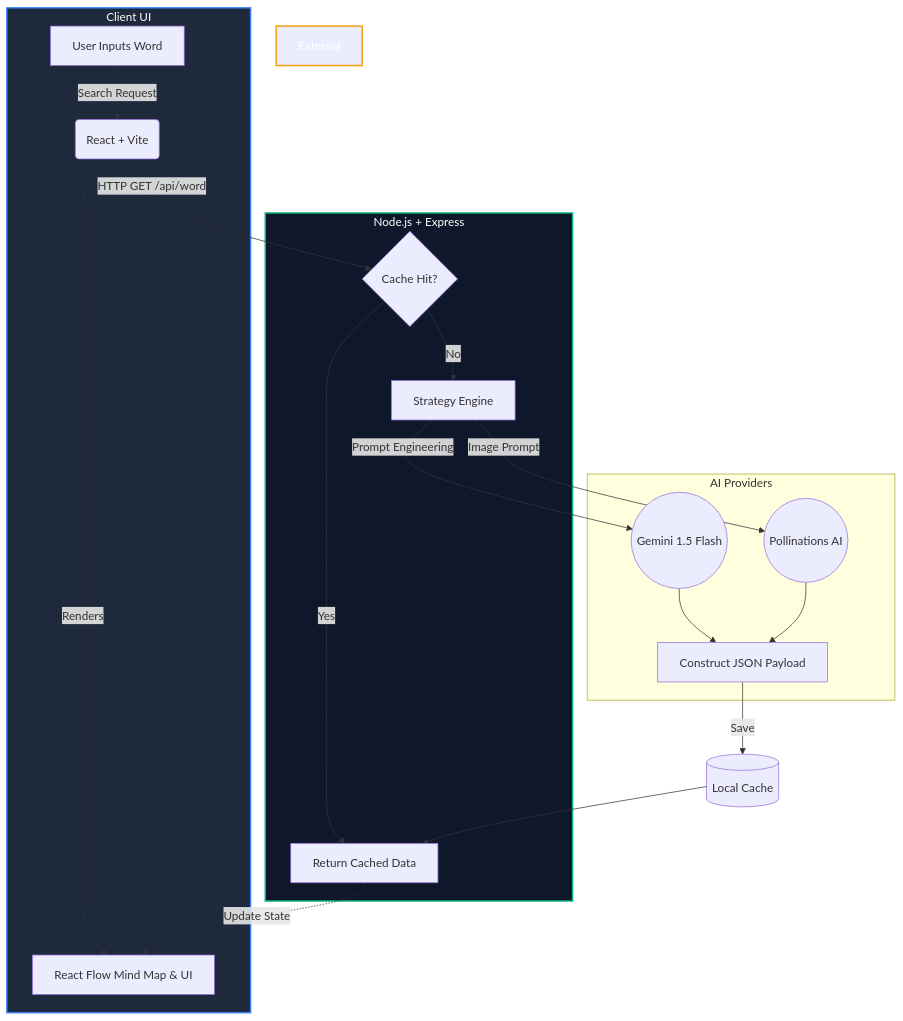
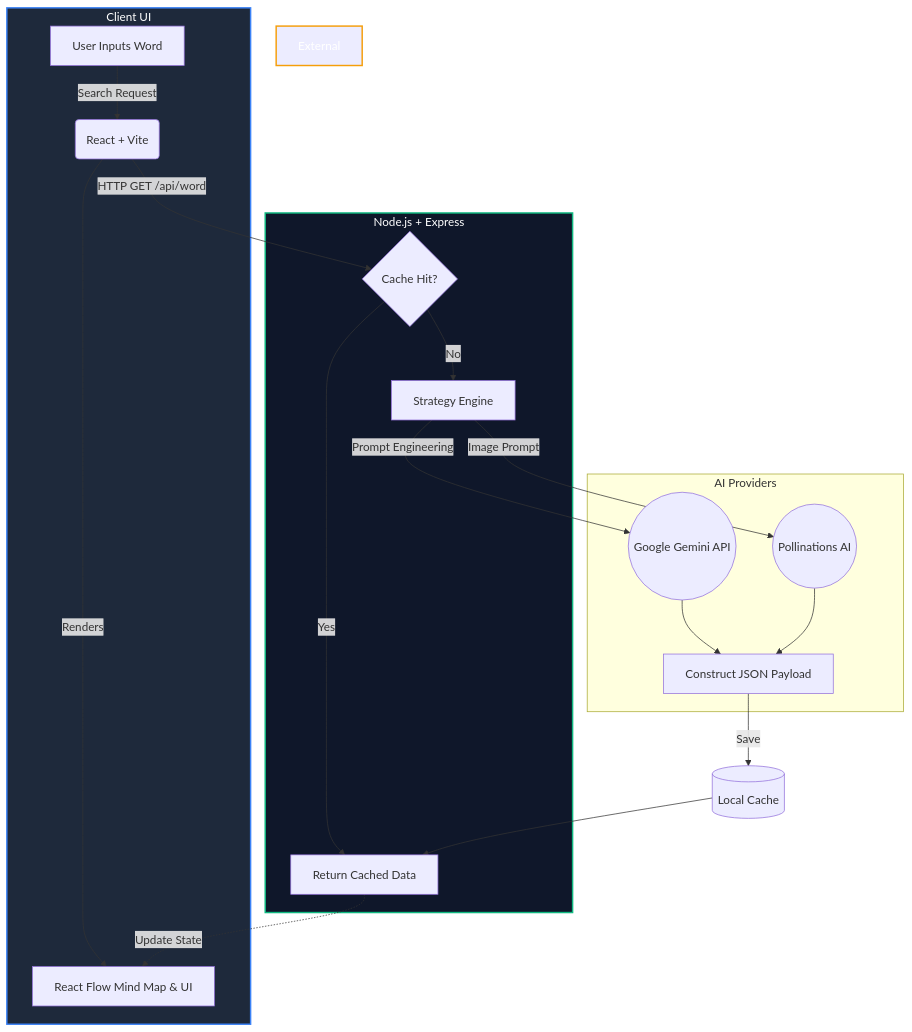
One commit to goktugcakiroglu/language-learning-app changed the diagram in README.md. Above: the diagram before and after it, drawn with Mermaid. The commit also changed other lines of this file, not shown here.

Commit message:
feat: add CI/CD workflow and mermaid architecture diagram

````diff
--- a/README.md
+++ b/README.md
@@ -93,28 +93,28 @@
 ```mermaid
 graph TD
     subgraph Frontend [Client UI]
         A[User Inputs Word] -->|Search Request| B(React + Vite)
         B -->|Renders| C[React Flow Mind Map & UI]
     end
 
     subgraph Backend [Node.js + Express]
         B -->|HTTP GET /api/word| D{Cache Hit?}
         D -->|Yes| E[Return Cached Data]
         D -->|No| F[Strategy Engine]
     end
 
     subgraph External APIs [AI Providers]
-        F -->|Prompt Engineering| G((Gemini 1.5 Flash))
+        F -->|Prompt Engineering| G((Google Gemini API))
         F -->|Image Prompt| H((Pollinations AI))
         G --> I[Construct JSON Payload]
         H --> I
     end
 
     I -->|Save| J[(Local Cache)]
     J --> E
     E -.->|Update State| C
     
     style Frontend fill:#1e293b,stroke:#3b82f6,stroke-width:2px,color:#fff
     style Backend fill:#0f172a,stroke:#10b981,stroke-width:2px,color:#fff
     style External APIs fill:#332115,stroke:#f59e0b,stroke-width:2px,color:#fff
 ```
````
